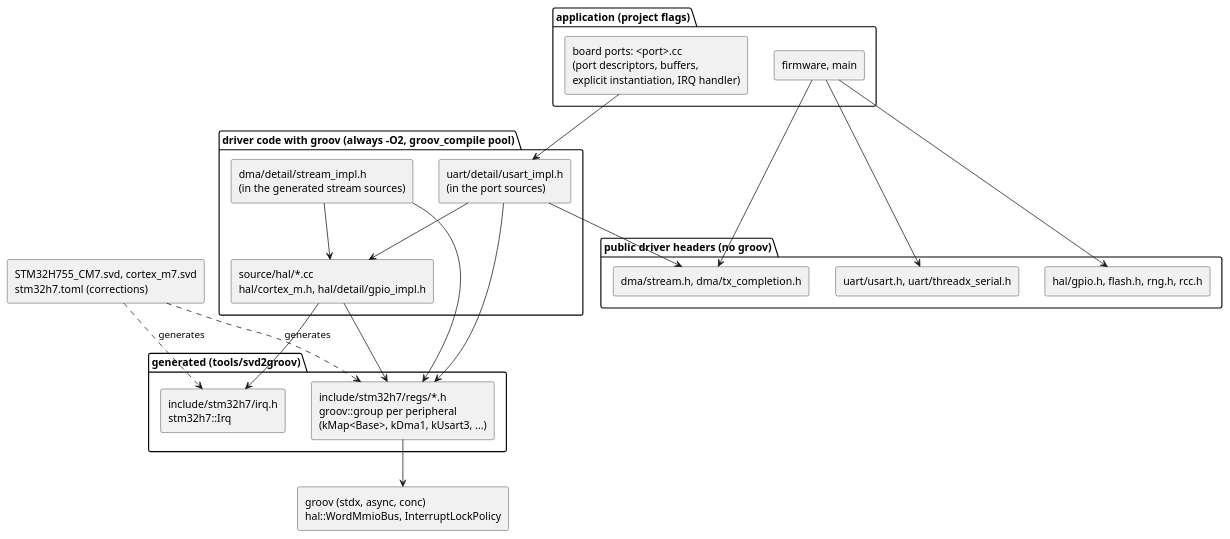
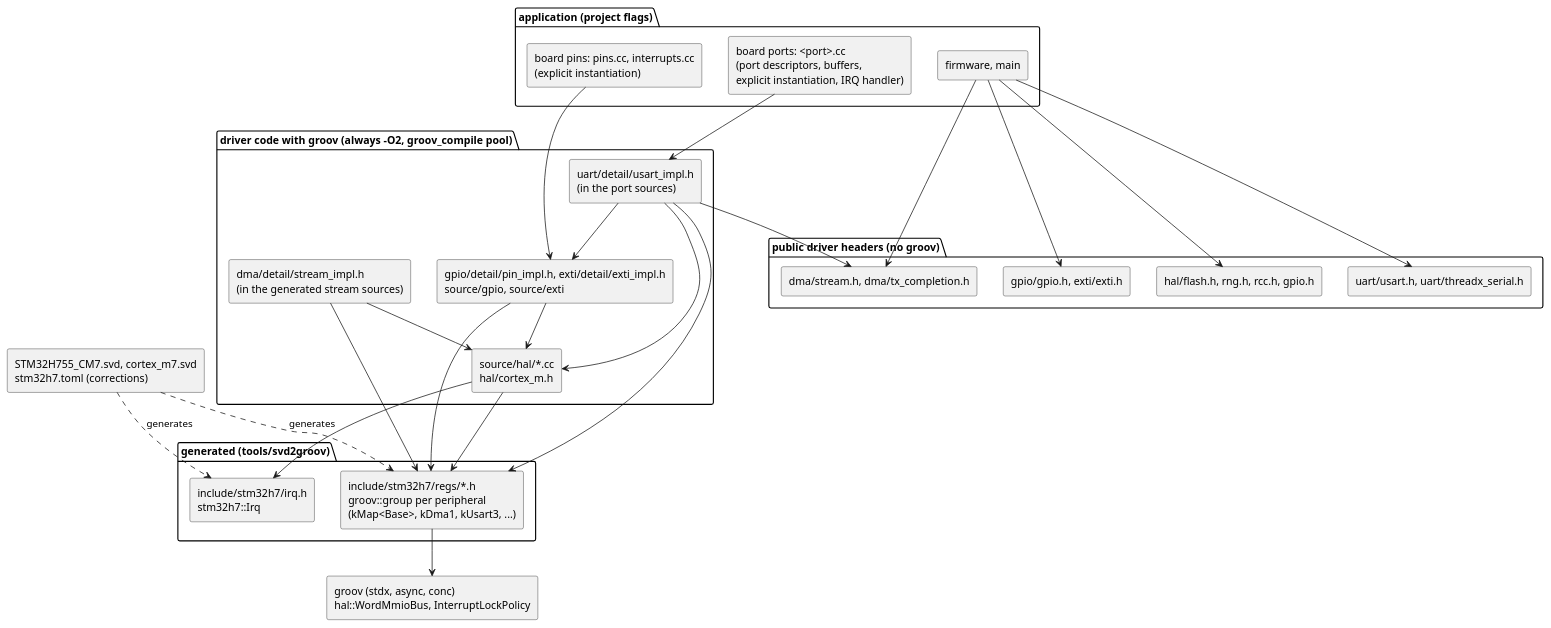
The diagram in docs/architecture.puml (ertekinsener/stm32h7-drivers), drawn with PlantUML before and after one commit. The commit also changed 50 other files, not shown here.

```diff
--- a/docs/architecture.puml
+++ b/docs/architecture.puml
@@ -1,49 +1,57 @@
 @startuml architecture
 ' Layers of stm32h7-drivers. Register access is groov on maps generated from
 ' the SVD. The driver code that contains groov is built with -O2; the public
 ' headers have no groov. Arrows: "uses" (calls / includes).
 
 skinparam componentStyle rectangle
 skinparam shadowing false
 
 package "application (project flags)" {
   [firmware, main] as app
   [board ports: <port>.cc\n(port descriptors, buffers,\nexplicit instantiation, IRQ handler)] as ports
+  [board pins: pins.cc, interrupts.cc\n(explicit instantiation)] as pins
 }
 
 package "public driver headers (no groov)" {
   [uart/usart.h, uart/threadx_serial.h] as uart_h
   [dma/stream.h, dma/tx_completion.h] as dma_h
-  [hal/gpio.h, flash.h, rng.h, rcc.h] as hal_h
+  [gpio/gpio.h, exti/exti.h] as gpio_h
+  [hal/flash.h, rng.h, rcc.h, gpio.h] as hal_h
 }
 
 package "driver code with groov (always -O2, groov_compile pool)" {
   [uart/detail/usart_impl.h\n(in the port sources)] as uart_impl
   [dma/detail/stream_impl.h\n(in the generated stream sources)] as dma_impl
-  [source/hal/*.cc\nhal/cortex_m.h, hal/detail/gpio_impl.h] as hal_impl
+  [gpio/detail/pin_impl.h, exti/detail/exti_impl.h\nsource/gpio, source/exti] as gpio_impl
+  [source/hal/*.cc\nhal/cortex_m.h] as hal_impl
 }
 
 package "generated (tools/svd2groov)" {
   [include/stm32h7/regs/*.h\ngroov::group per peripheral\n(kMap<Base>, kDma1, kUsart3, ...)] as maps
   [include/stm32h7/irq.h\nstm32h7::Irq] as irq
 }
 
 [groov (stdx, async, conc)\nhal::WordMmioBus, InterruptLockPolicy] as groov
 [STM32H755_CM7.svd, cortex_m7.svd\nstm32h7.toml (corrections)] as svd
 
 app --> uart_h
 app --> dma_h
 app --> hal_h
+app --> gpio_h
+pins --> gpio_impl
 ports --> uart_impl
+uart_impl --> gpio_impl
+gpio_impl --> maps
+gpio_impl --> hal_impl
 uart_impl --> dma_h
 uart_impl --> hal_impl
 dma_impl --> hal_impl
 uart_impl --> maps
 dma_impl --> maps
 hal_impl --> maps
 hal_impl --> irq
 maps --> groov
 svd ..> maps : generates
 svd ..> irq : generates
 
 @enduml
```
